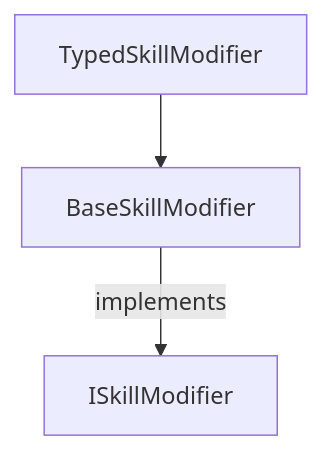
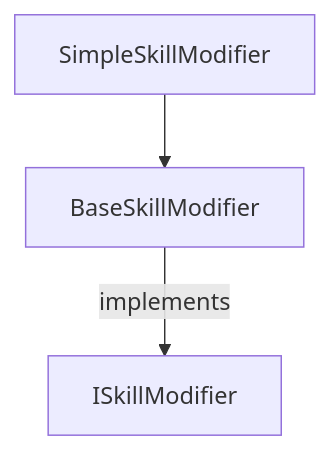
The diagram in Documentation/supporting-modded-characters.md (goldenguy00/ror2skillsplusplus), drawn with Mermaid before and after one commit. The commit also changed other lines of this file and 22 other files, not shown here.

Commit message:
Renamed `TypedBaseSkillModifier` to `SimpleSkillModifier` and sealed certain classes

````diff
--- a/Documentation/supporting-modded-characters.md
+++ b/Documentation/supporting-modded-characters.md
@@ -13,5 +13,5 @@
 ```mermaid
 graph TD
-    A[TypedSkillModifier<T>] -->B[BaseSkillModifier]
+    A[SimpleSkillModifier<T>] -->B[BaseSkillModifier]
     B --> |implements| C[ISkillModifier]
 ```
````
